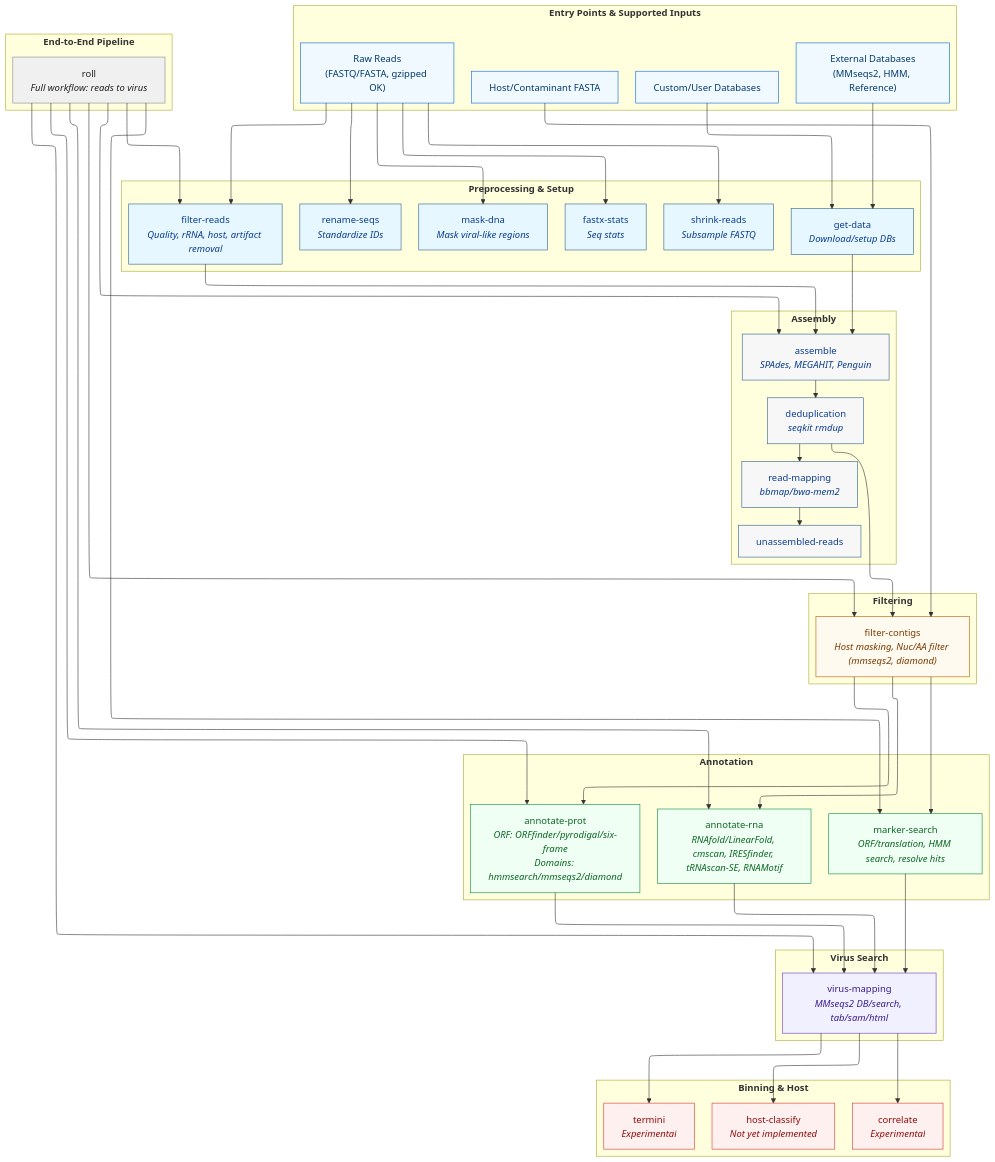
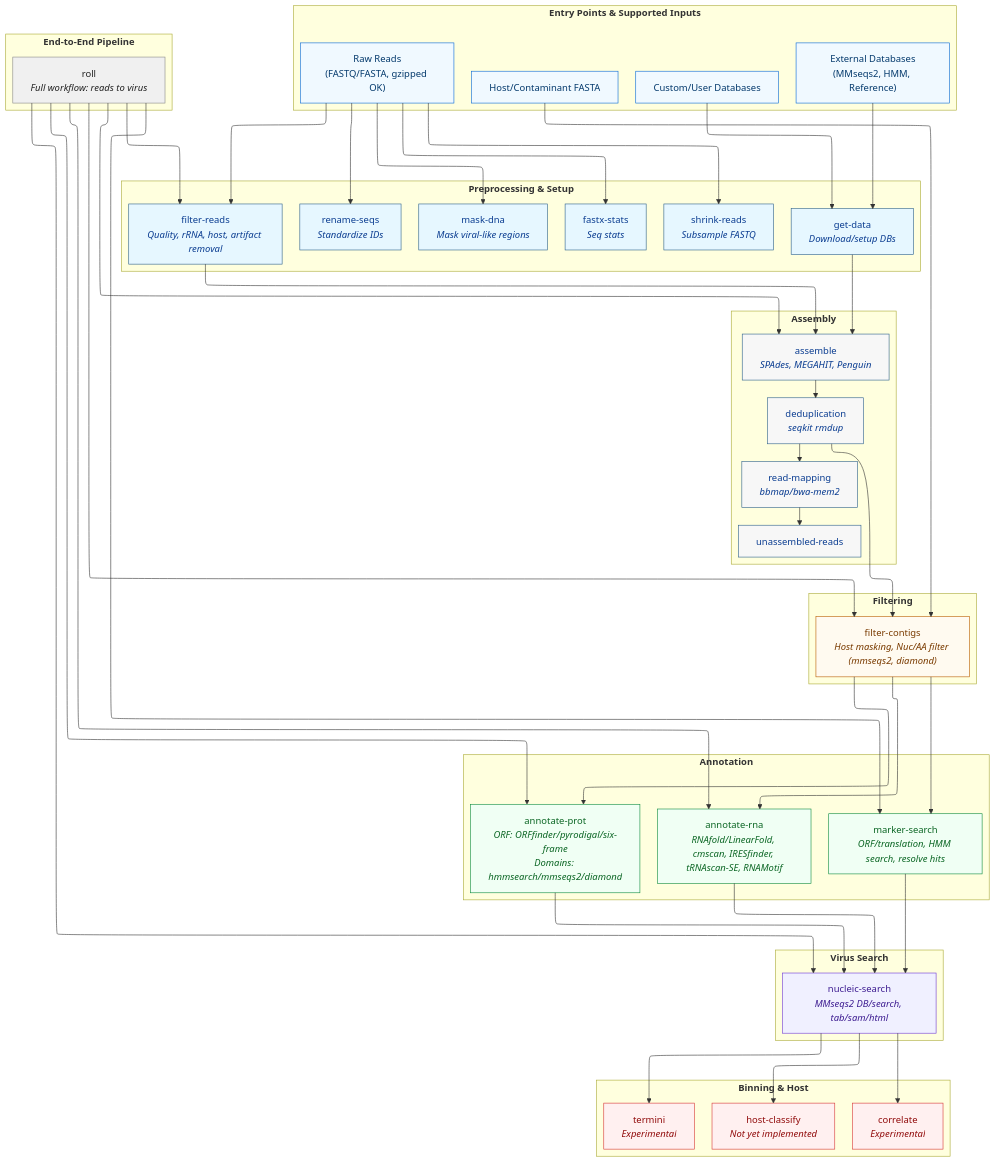
The diagram in docs/mkdocs_docs/index.md (UriNeri/rolypoly), drawn with Mermaid before and after one commit. The commit also changed 18 other files, not shown here.

Commit message:
rename virus-mapping to nucleic-search to avoid confusion with `map`

```diff
--- a/docs/mkdocs_docs/index.md
+++ b/docs/mkdocs_docs/index.md
@@ -53,7 +53,7 @@
         MARKER["marker-search<br><i>ORF/translation, HMM search, resolve hits</i>"]
   end
  subgraph VIRUS["<b>Virus Search</b>"]
-      SEARCHV["virus-mapping<br><i>MMseqs2 DB/search, tab/sam/html</i>"]
+      SEARCHV["nucleic-search<br><i>MMseqs2 DB/search, tab/sam/html</i>"]
   end
  subgraph BINHOST["<b>Binning &amp; Host</b>"]
       BINCORR["correlate<br><i>Experimental</i>"]
```
